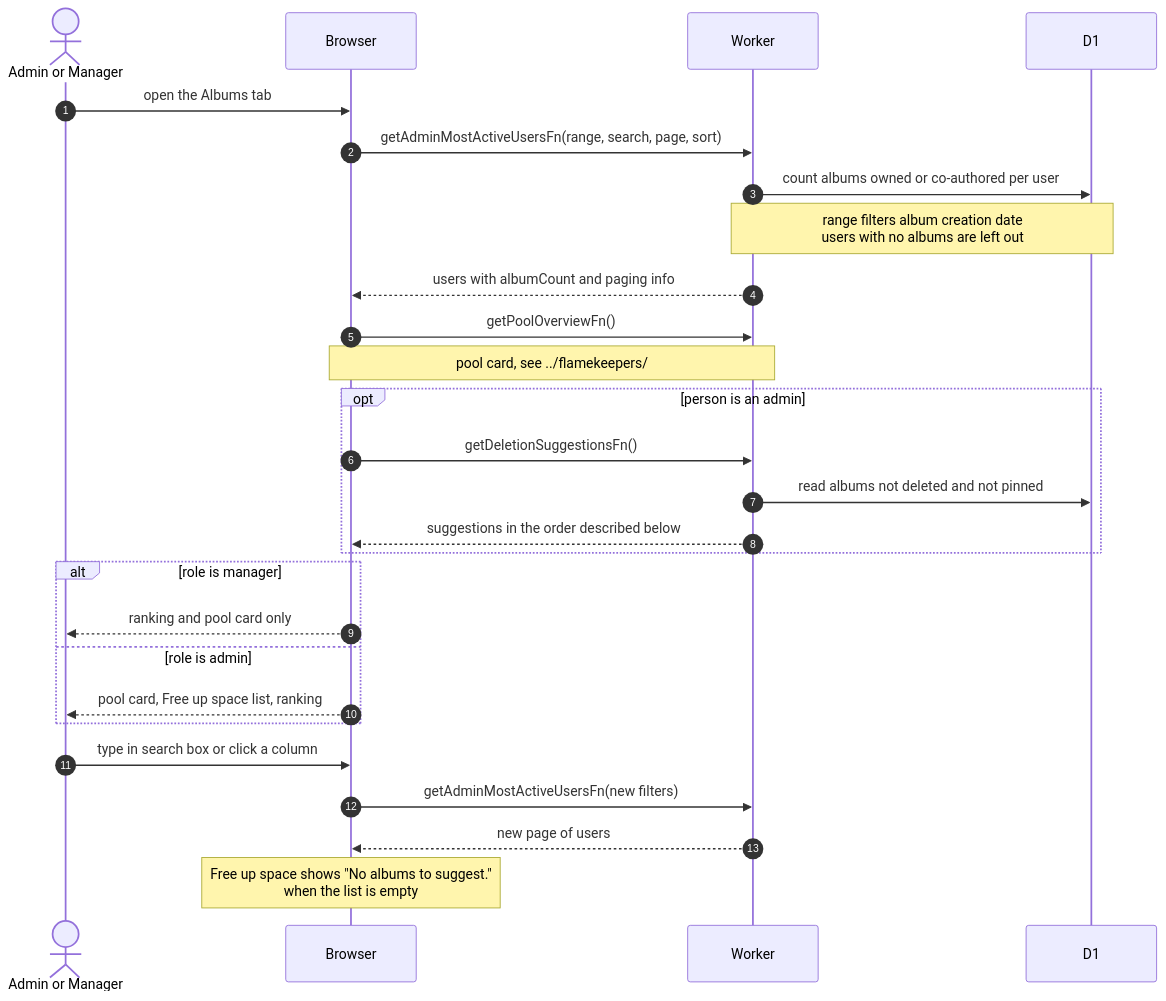
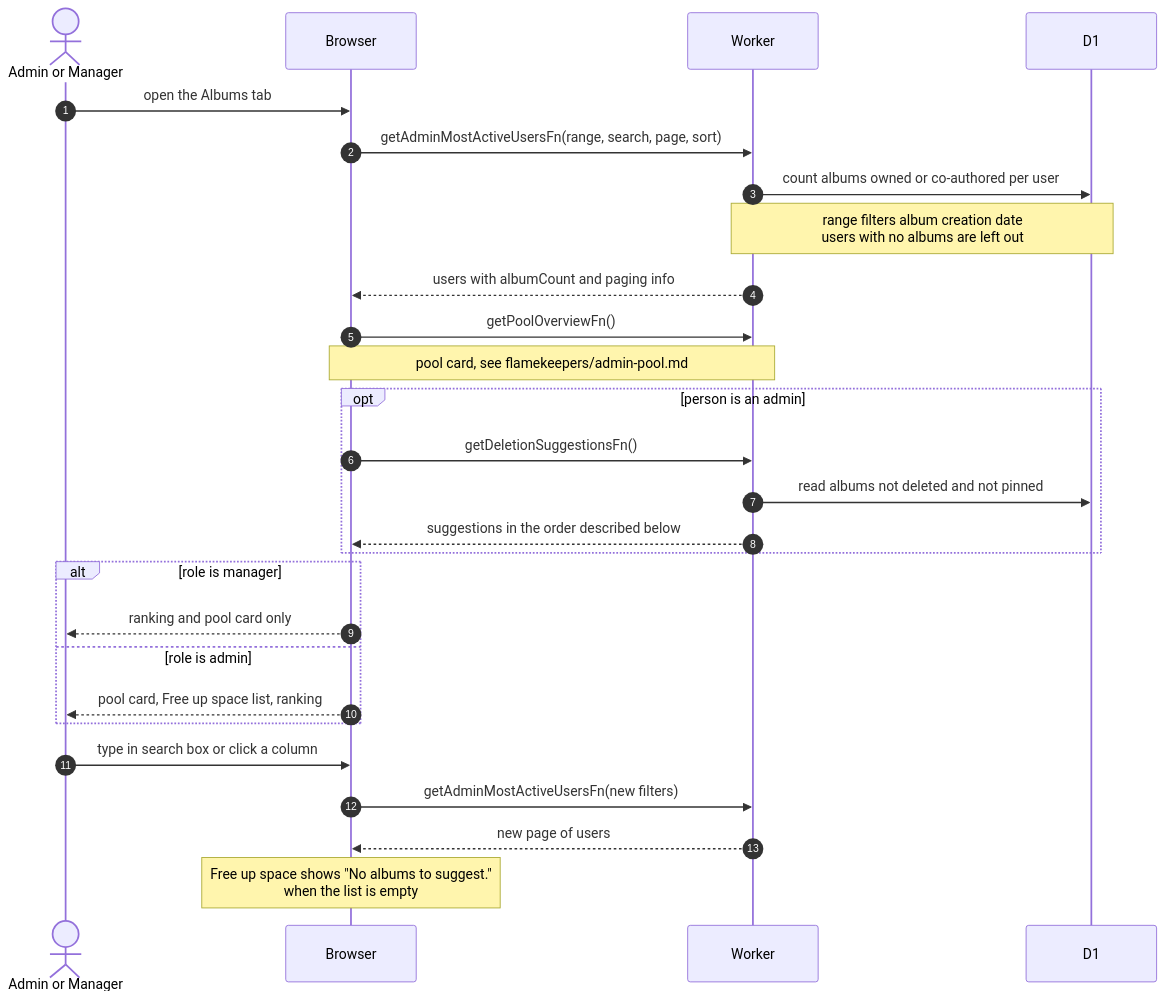
The diagram in docs/scenarios/admin/dashboard-albums-tab.md (sagyzdop/meriksirat), drawn with Mermaid before and after one commit. The commit also changed other lines of this file and 24 other files, not shown here.

Commit message:
docs(scenarios): verify admin diagrams against the code

````diff
--- a/docs/scenarios/admin/dashboard-albums-tab.md
+++ b/docs/scenarios/admin/dashboard-albums-tab.md
@@ -14,30 +14,30 @@
 ```mermaid
 sequenceDiagram
     autonumber
     actor Person as Admin or Manager
     participant Browser
     participant Worker
     participant D1
 
     Person->>Browser: open the Albums tab
     Browser->>Worker: getAdminMostActiveUsersFn(range, search, page, sort)
     Worker->>D1: count albums owned or co-authored per user
     Note over Worker,D1: range filters album creation date<br/>users with no albums are left out
     Worker-->>Browser: users with albumCount and paging info
     Browser->>Worker: getPoolOverviewFn()
-    Note over Browser,Worker: pool card, see ../flamekeepers/
+    Note over Browser,Worker: pool card, see flamekeepers/admin-pool.md
     opt person is an admin
         Browser->>Worker: getDeletionSuggestionsFn()
         Worker->>D1: read albums not deleted and not pinned
         Worker-->>Browser: suggestions in the order described below
     end
     alt role is manager
         Browser-->>Person: ranking and pool card only
     else role is admin
         Browser-->>Person: pool card, Free up space list, ranking
     end
     Person->>Browser: type in search box or click a column
     Browser->>Worker: getAdminMostActiveUsersFn(new filters)
     Worker-->>Browser: new page of users
     Note over Browser: Free up space shows "No albums to suggest."<br/>when the list is empty
 ```
````
